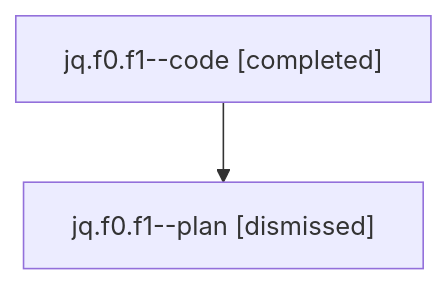
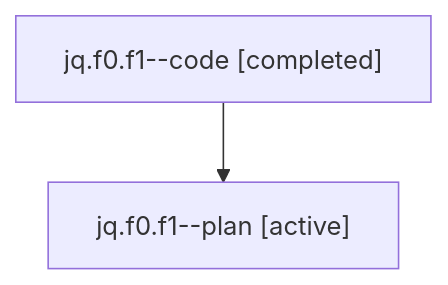
One commit to sase-org/sase--agents changed the diagram in families/bbugyi200.athena.jq.f0.f1.md. Above: the diagram before and after it, drawn with Mermaid. The commit also changed other lines of this file and 8679 other files, not shown here.

````diff
--- a/families/bbugyi200.athena.jq.f0.f1.md
+++ b/families/bbugyi200.athena.jq.f0.f1.md
@@ -9,6 +9,6 @@
 ```mermaid
 flowchart TD
   n0["jq.f0.f1--code [completed]"]
-  n1["jq.f0.f1--plan [dismissed]"]
+  n1["jq.f0.f1--plan [active]"]
   n0 --> n1
 ```
````
